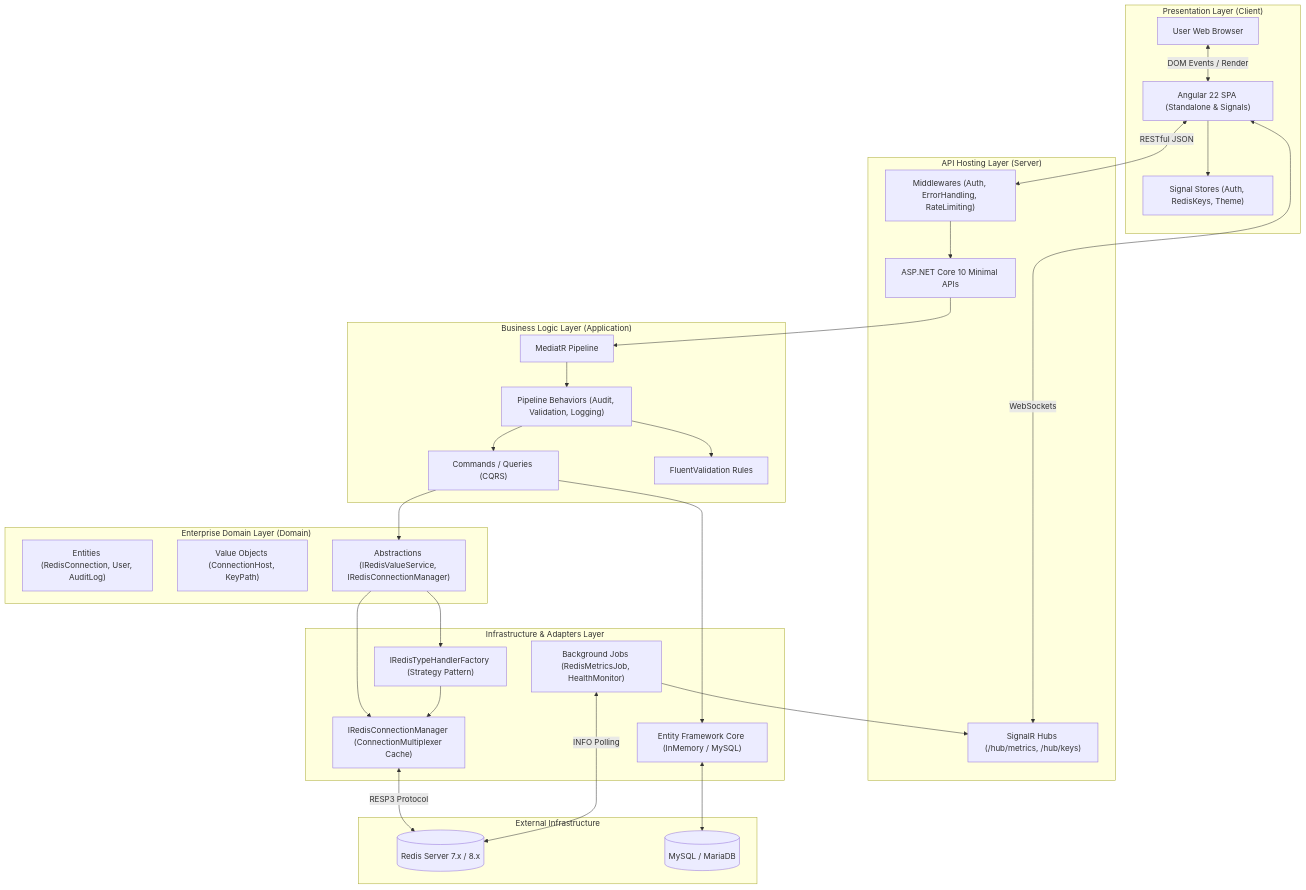
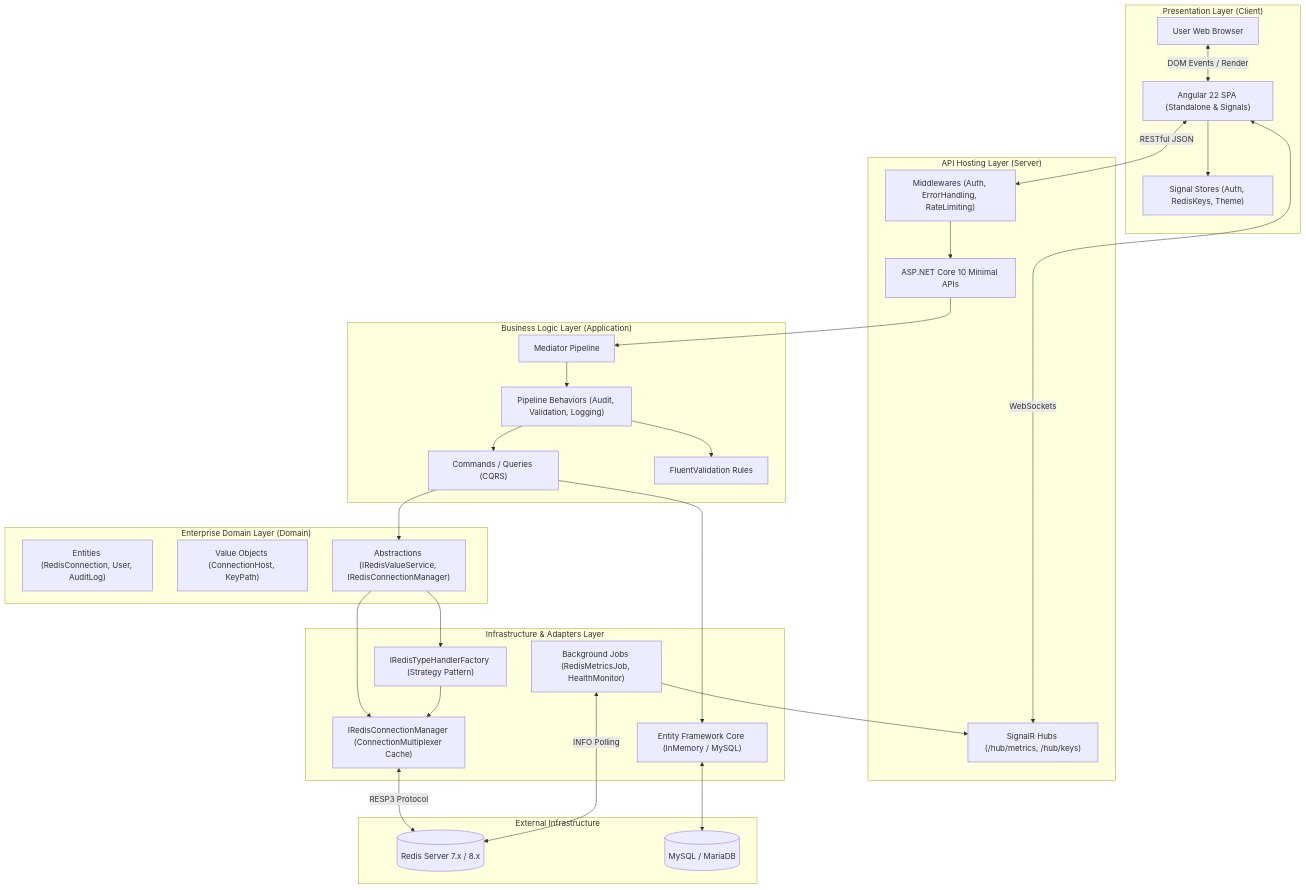
One commit to dellik95/redis-gui changed the first of 8 diagrams in docs/diagrams.md. Above: the diagram before and after it, drawn with Mermaid. The commit also changed other lines of this file and 136 other files, not shown here.

````diff
--- a/docs/diagrams.md
+++ b/docs/diagrams.md
@@ -9,58 +9,58 @@
 ```mermaid
 flowchart TD
     subgraph UI ["Presentation Layer (Client)"]
         Browser["User Web Browser"]
         AngularApp["Angular 22 SPA (Standalone & Signals)"]
         SignalStore["Signal Stores (Auth, RedisKeys, Theme)"]
         Browser <-->|DOM Events / Render| AngularApp
         AngularApp --> SignalStore
     end
 
     subgraph Host ["API Hosting Layer (Server)"]
         ServerAPI["ASP.NET Core 10 Minimal APIs"]
         SignalRHubs["SignalR Hubs (/hub/metrics, /hub/keys)"]
         Middlewares["Middlewares (Auth, ErrorHandling, RateLimiting)"]
     end
 
     subgraph AppLayer ["Business Logic Layer (Application)"]
-        MediatR["MediatR Pipeline"]
+        Mediator["Mediator Pipeline"]
         Behaviors["Pipeline Behaviors (Audit, Validation, Logging)"]
         Commands["Commands / Queries (CQRS)"]
         Validators["FluentValidation Rules"]
     end
 
     subgraph DomainLayer ["Enterprise Domain Layer (Domain)"]
         Entities["Entities (RedisConnection, User, AuditLog)"]
         ValueObjects["Value Objects (ConnectionHost, KeyPath)"]
         DomainContracts["Abstractions (IRedisValueService, IRedisConnectionManager)"]
     end
 
     subgraph InfraLayer ["Infrastructure & Adapters Layer"]
         ConnPool["IRedisConnectionManager (ConnectionMultiplexer Cache)"]
         TypeFactory["IRedisTypeHandlerFactory (Strategy Pattern)"]
         BgServices["Background Jobs (RedisMetricsJob, HealthMonitor)"]
         EFCore["Entity Framework Core (InMemory / MySQL)"]
     end
 
     subgraph External ["External Infrastructure"]
         RedisServer[("Redis Server 7.x / 8.x")]
         RelationalDB[("MySQL / MariaDB")]
     end
 
     AngularApp <-->|RESTful JSON| Middlewares
     AngularApp <-->|WebSockets| SignalRHubs
     Middlewares --> ServerAPI
-    ServerAPI --> MediatR
-    MediatR --> Behaviors
+    ServerAPI --> Mediator
+    Mediator --> Behaviors
     Behaviors --> Validators
     Behaviors --> Commands
     Commands --> DomainContracts
     DomainContracts --> TypeFactory
     DomainContracts --> ConnPool
     TypeFactory --> ConnPool
     ConnPool <-->|RESP3 Protocol| RedisServer
     BgServices <-->|INFO Polling| RedisServer
     BgServices --> SignalRHubs
     EFCore <--> RelationalDB
     Commands --> EFCore
 ```
````
